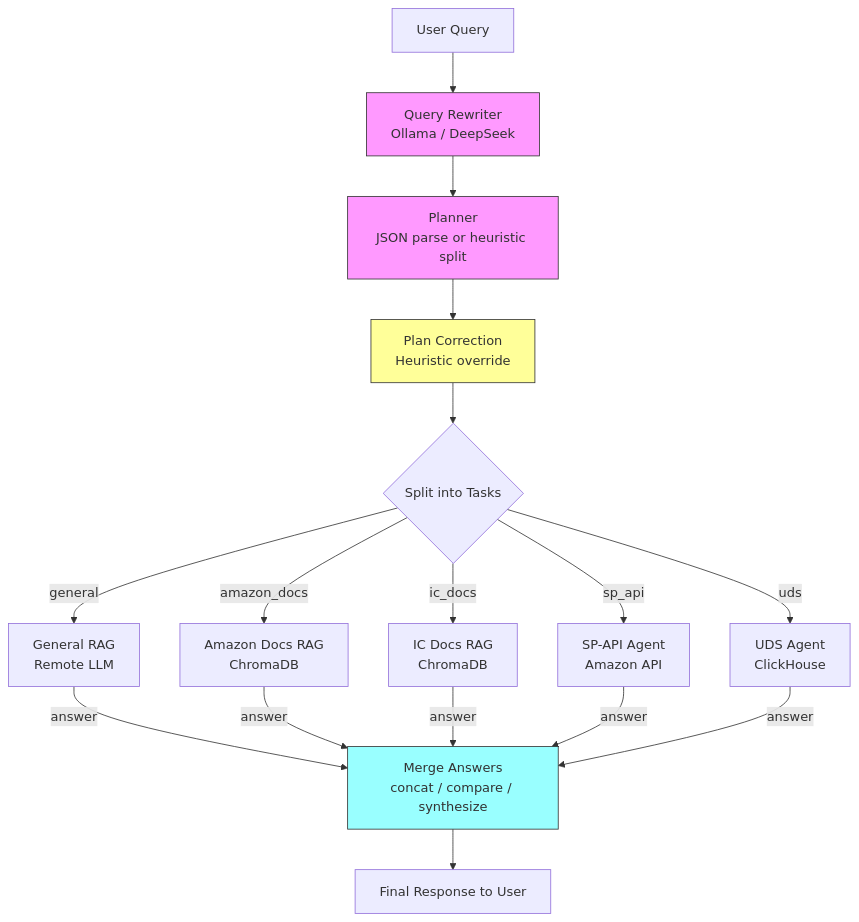
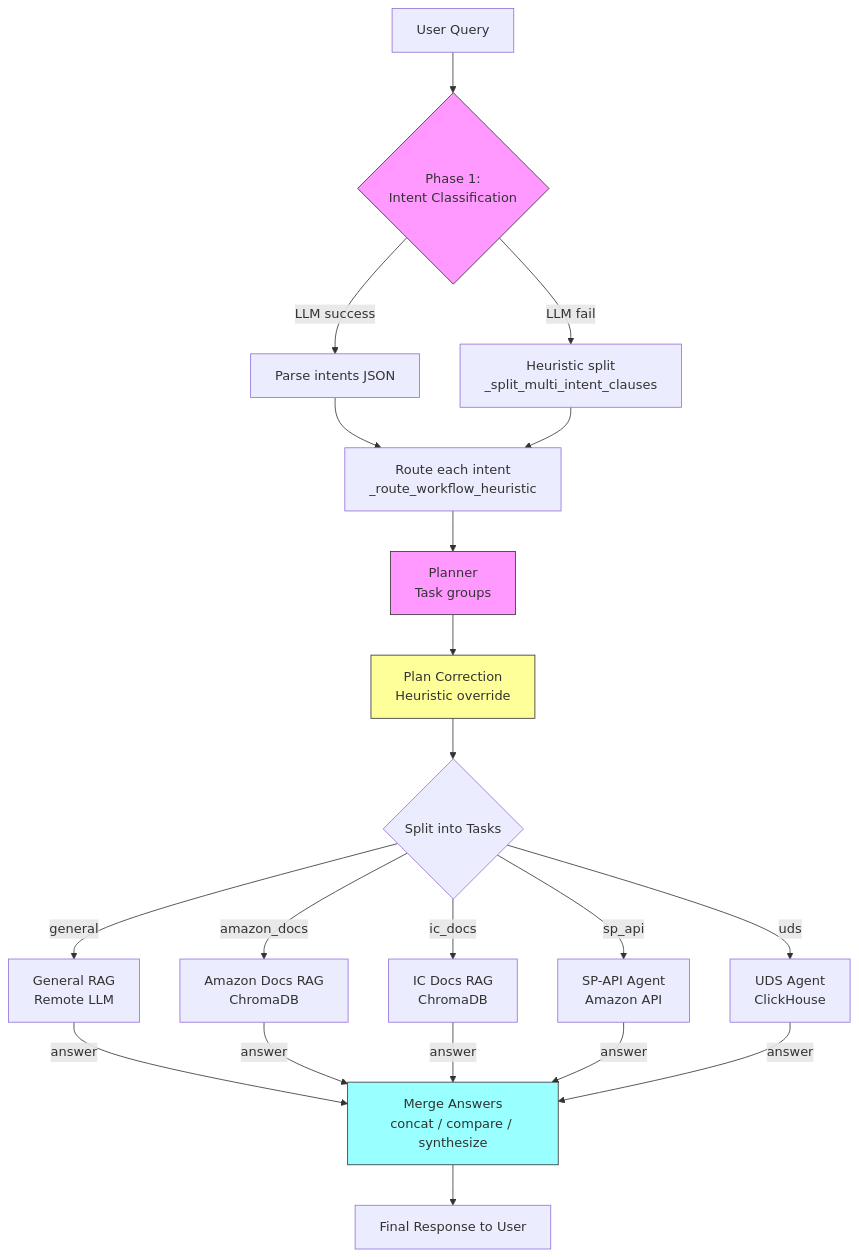
Before and after one commit to lenhop/IC-RAG-Agent: the sixth of 13 diagrams in docs/FRAMEWORK.md, drawn with Mermaid. The commit also changed other lines of this file and 6 other files, not shown here.

First line of the commit message:
feat(gateway): two-phase intent classification and heuristic multi-intent split

````diff
--- a/docs/FRAMEWORK.md
+++ b/docs/FRAMEWORK.md
@@ -349,26 +359,30 @@
 ```mermaid
 flowchart TB
-    Q[User Query] --> REW[Query Rewriter\nOllama / DeepSeek]
-    REW --> PLAN[Planner\nJSON parse or heuristic split]
+    Q[User Query] --> PH1{Phase 1:\nIntent Classification}
+    PH1 -->|LLM success| INT[Parse intents JSON]
+    PH1 -->|LLM fail| HEUR[Heuristic split\n_split_multi_intent_clauses]
+    INT --> ROUTE[Route each intent\n_route_workflow_heuristic]
+    HEUR --> ROUTE
+    ROUTE --> PLAN[Planner\nTask groups]
     PLAN --> CORR[Plan Correction\nHeuristic override]
     CORR --> SPLIT{Split into Tasks}
     
     SPLIT -->|general| G[General RAG\nRemote LLM]
     SPLIT -->|amazon_docs| A[Amazon Docs RAG\nChromaDB]
     SPLIT -->|ic_docs| IC[IC Docs RAG\nChromaDB]
     SPLIT -->|sp_api| SP[SP-API Agent\nAmazon API]
     SPLIT -->|uds| U[UDS Agent\nClickHouse]
 
     G -->|answer| M[Merge Answers\nconcat / compare / synthesize]
     A -->|answer| M
     IC -->|answer| M
     SP -->|answer| M
     U -->|answer| M
 
     M --> R[Final Response to User]
 
-    style REW fill:#f9f,stroke:#333
+    style PH1 fill:#f9f,stroke:#333
     style PLAN fill:#f9f,stroke:#333
     style CORR fill:#ff9,stroke:#333
     style M fill:#9ff,stroke:#333
 ```
````
